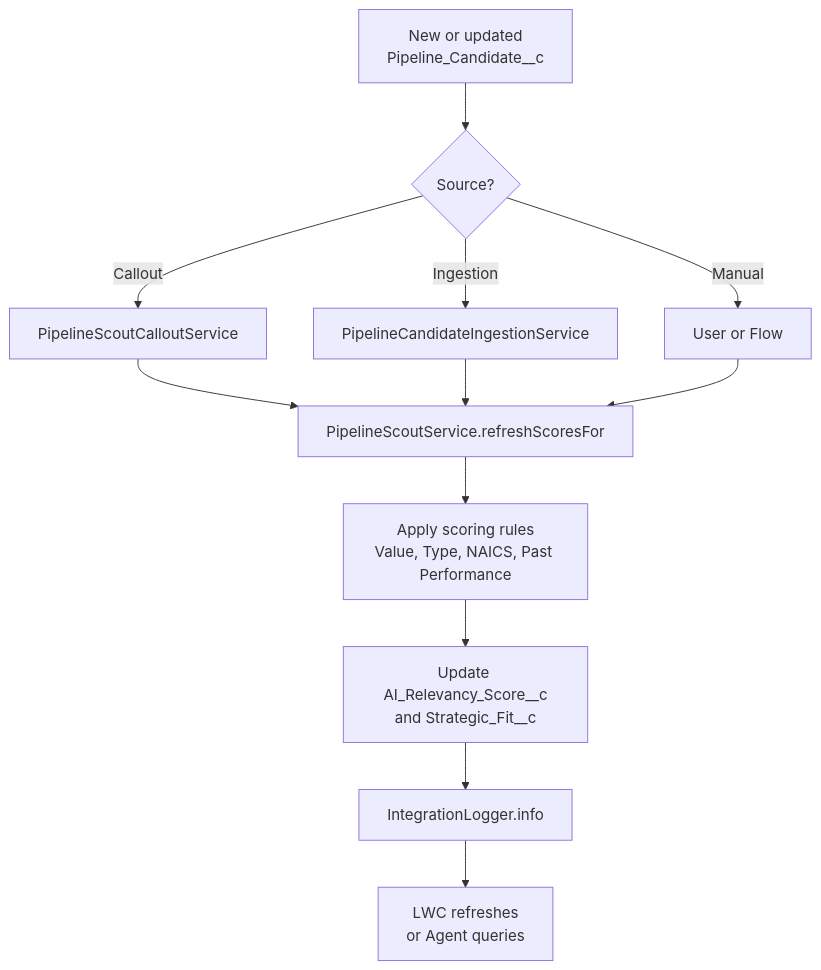
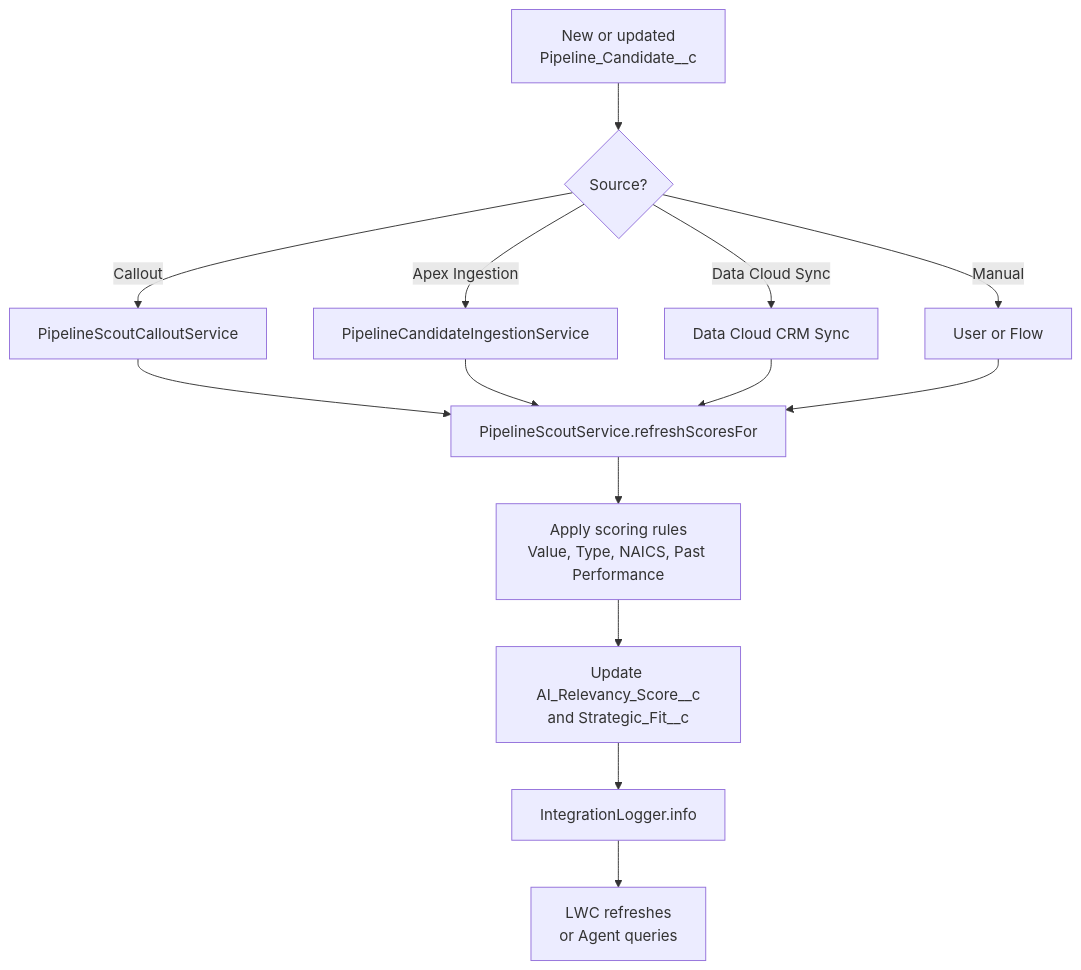
One commit to Hectorcaban-sudo/Nexsus-GovSearch changed the sixth of 8 diagrams in docs/diagrams.md. Above: the diagram before and after it, drawn with Mermaid. The commit also changed other lines of this file and 1 other file, not shown here.

Commit message:
Add Data Cloud Ingestion API guidance, SAM.gov mappings, and updated diagrams

````diff
--- a/docs/diagrams.md
+++ b/docs/diagrams.md
@@ -142,17 +191,19 @@
 ```mermaid
 flowchart TD
     Trigger[New or updated<br/>Pipeline_Candidate__c]
     Trigger --> Source{Source?}
     Source -->|Callout| CalloutDone[PipelineScoutCalloutService]
-    Source -->|Ingestion| IngestDone[PipelineCandidateIngestionService]
+    Source -->|Apex Ingestion| IngestDone[PipelineCandidateIngestionService]
+    Source -->|Data Cloud Sync| DCSync[Data Cloud CRM Sync]
     Source -->|Manual| Manual[User or Flow]
 
     CalloutDone --> Score[PipelineScoutService.refreshScoresFor]
     IngestDone --> Score
+    DCSync --> Score
     Manual --> Score
 
     Score --> Logic[Apply scoring rules<br/>Value, Type, NAICS, Past Performance]
     Logic --> Update[Update AI_Relevancy_Score__c<br/>and Strategic_Fit__c]
     Update --> Log[IntegrationLogger.info]
     Log --> Dashboard[LWC refreshes<br/>or Agent queries]
 ```
````
